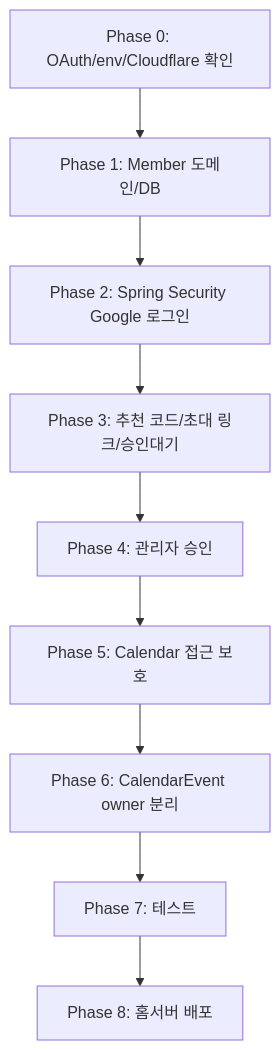
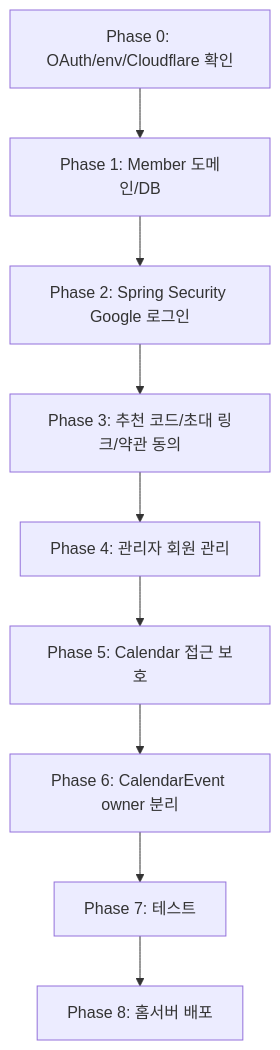
The diagram in docs/roadmap/auth-approval-implementation-plan.md (HoBaeBang/naruworks-platform), drawn with Mermaid before and after one commit. The commit also changed other lines of this file and 4 other files, not shown here.

````diff
--- a/docs/roadmap/auth-approval-implementation-plan.md
+++ b/docs/roadmap/auth-approval-implementation-plan.md
@@ -469,21 +457,21 @@
 ```mermaid
 flowchart TD
     P0["Phase 0: OAuth/env/Cloudflare 확인"]
     P1["Phase 1: Member 도메인/DB"]
     P2["Phase 2: Spring Security Google 로그인"]
-    P3["Phase 3: 추천 코드/초대 링크/승인대기"]
-    P4["Phase 4: 관리자 승인"]
+    P3["Phase 3: 추천 코드/초대 링크/약관 동의"]
+    P4["Phase 4: 관리자 회원 관리"]
     P5["Phase 5: Calendar 접근 보호"]
     P6["Phase 6: CalendarEvent owner 분리"]
     P7["Phase 7: 테스트"]
     P8["Phase 8: 홈서버 배포"]
 
     P0 --> P1
     P1 --> P2
     P2 --> P3
     P3 --> P4
     P4 --> P5
     P5 --> P6
     P6 --> P7
     P7 --> P8
 ```
````
